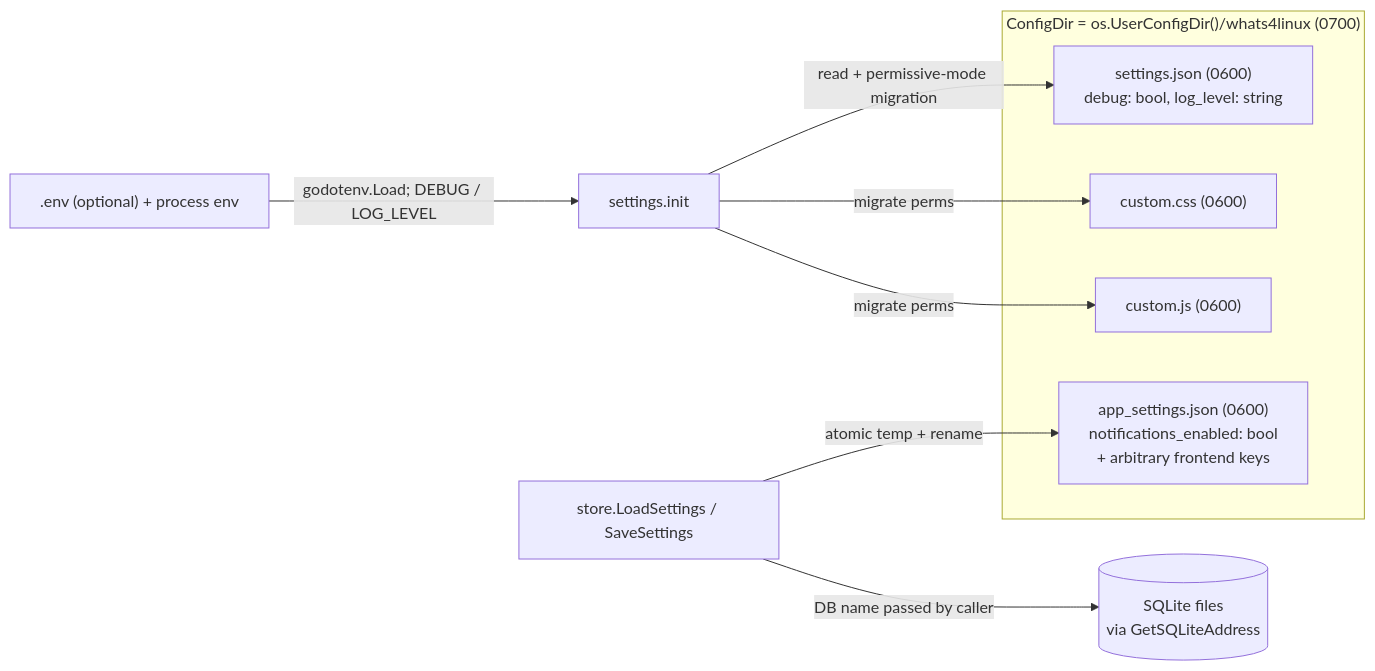
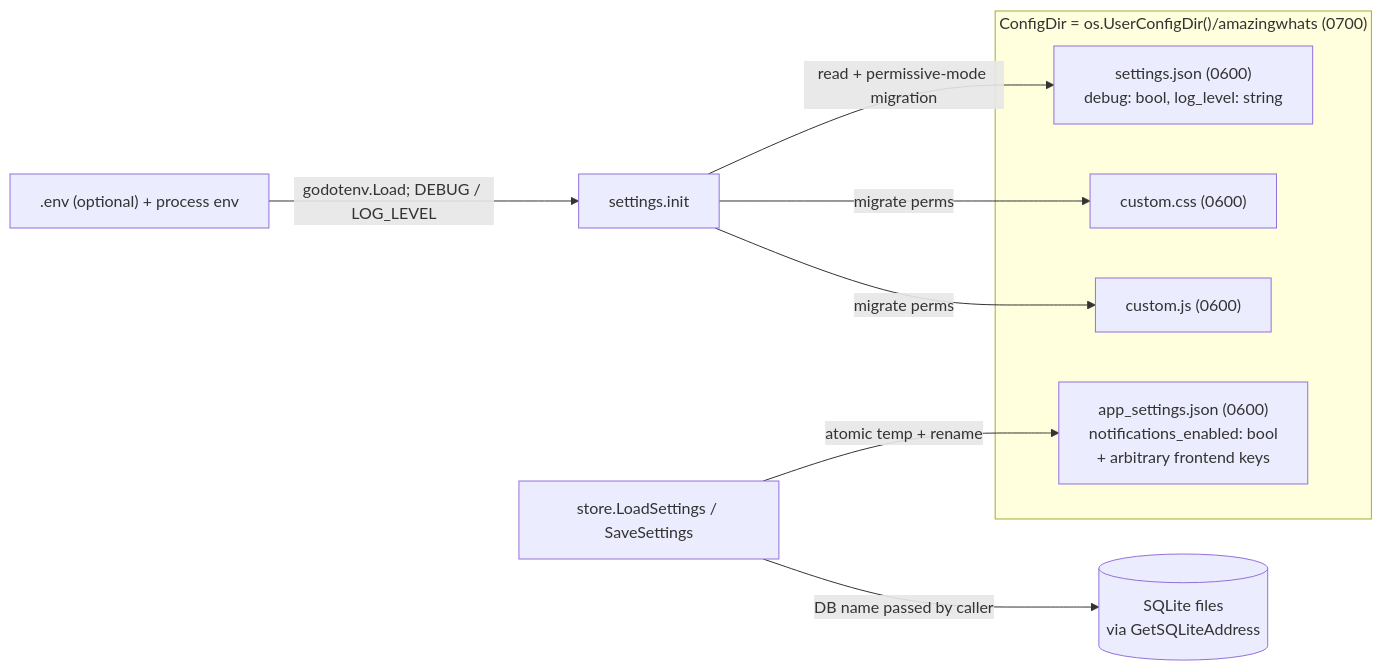
One commit to SugeethJSA/amazingwhats changed the diagram in docs/04-operations/configuration.md. Above: the diagram before and after it, drawn with Mermaid. The commit also changed other lines of this file and 31 other files, not shown here.

````diff
--- a/docs/04-operations/configuration.md
+++ b/docs/04-operations/configuration.md
@@ -223,16 +223,16 @@
 ```mermaid
 flowchart LR
-    subgraph ConfigDir["ConfigDir = os.UserConfigDir()/whats4linux (0700)"]
+    subgraph ConfigDir["ConfigDir = os.UserConfigDir()/amazingwhats (0700)"]
         SJ["settings.json (0600)<br/>debug: bool, log_level: string"]
         ASJ["app_settings.json (0600)<br/>notifications_enabled: bool<br/>+ arbitrary frontend keys"]
         CSS["custom.css (0600)"]
         JS["custom.js (0600)"]
     end
     ENV[".env (optional) + process env"] -->|"godotenv.Load; DEBUG / LOG_LEVEL"| S[settings.init]
     DB[(SQLite files<br/>via GetSQLiteAddress)]
     S -->|"read + permissive-mode migration"| SJ
     S -->|"migrate perms"| CSS
     S -->|"migrate perms"| JS
     ST[store.LoadSettings / SaveSettings] -->|"atomic temp + rename"| ASJ
     ST -->|"DB name passed by caller"| DB
 ```
````
